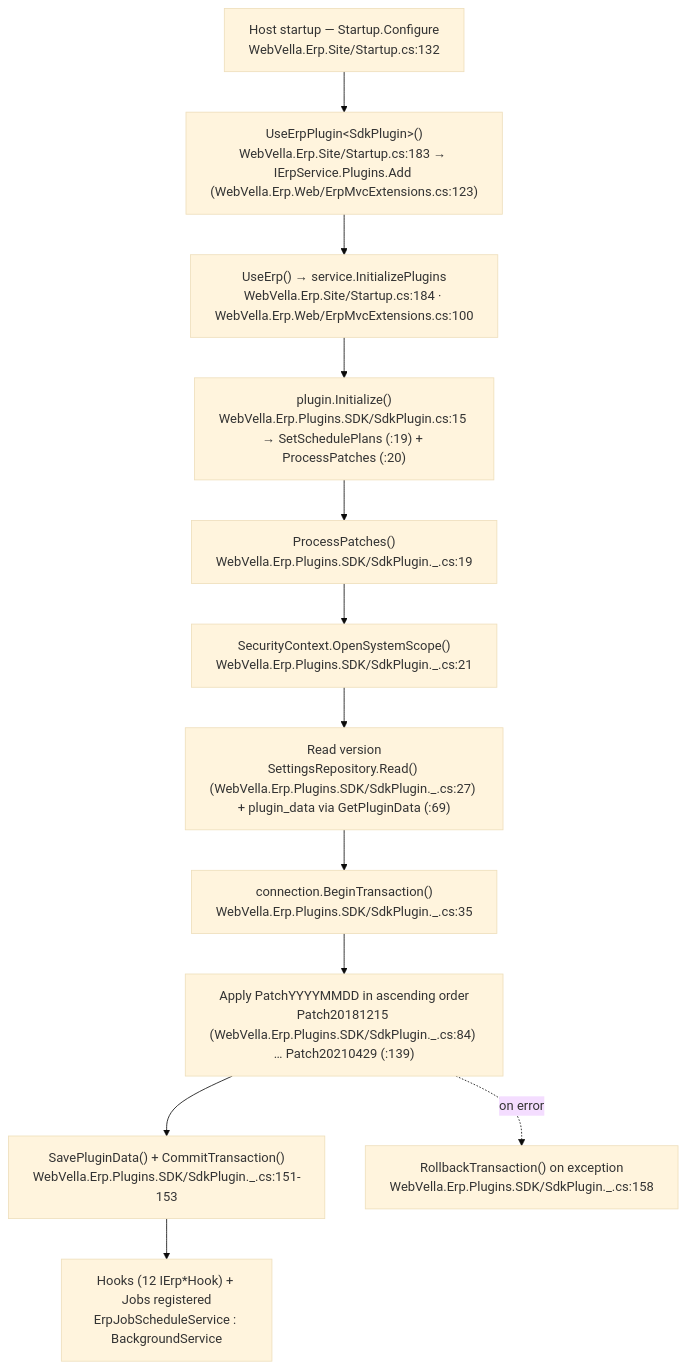
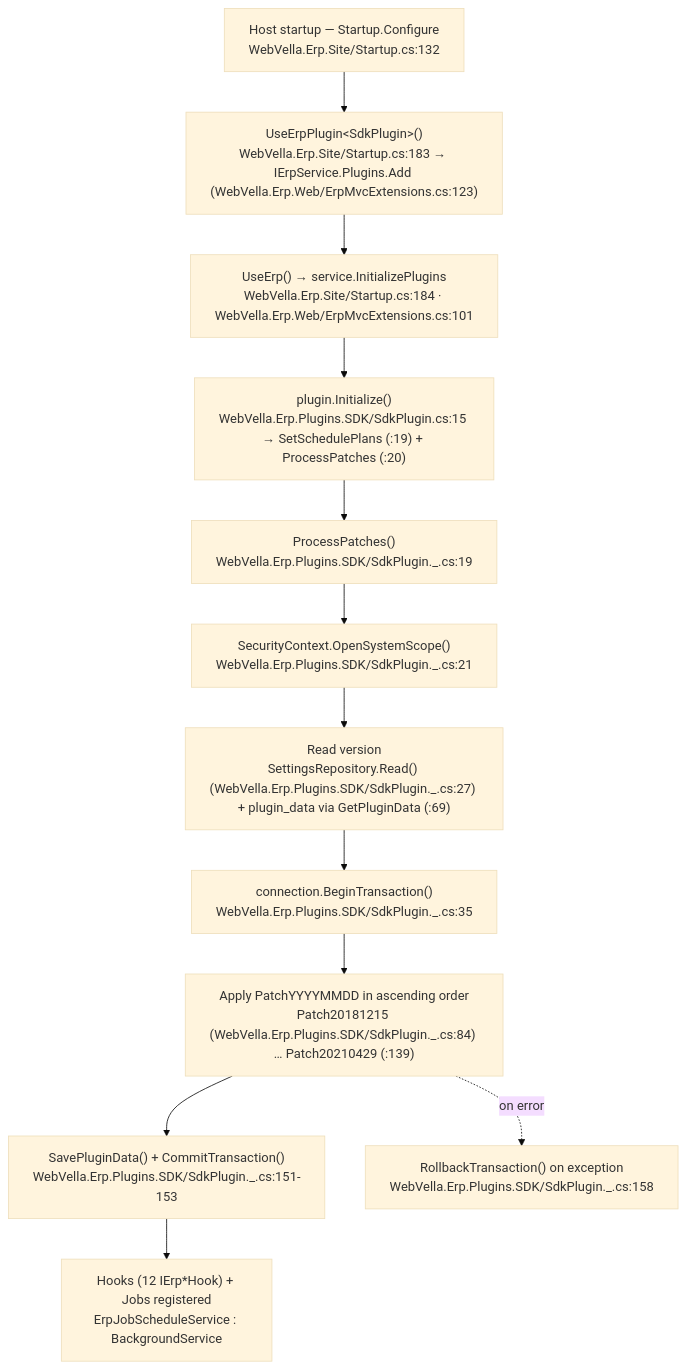
Before and after one commit to blitzy-public-samples/blitzy-WebVella-ERP: the third of 3 diagrams in docs/reverse-engineering/architecture.md, drawn with Mermaid (base theme). The commit also changed other lines of this file and 2 other files, not shown here.

Commit message:
docs(reverse-engineering): fix 3 QA citation-precision findings (CP1)
Resolve QA Checkpoint CP1 findings (1 MAJOR + 2 MINOR), all citation/naming
precision defects in the reverse-engineering suite. No source code touched.

- Finding #1 (MAJOR) functional-overview.md:220 - DbEntity.cs:38-52 -> :37-50
  (end line 52 overshot EOF 51; DbRecordPermissions class spans 37-50;
  now matches database-schema.md:110/:367)
- Finding #2 (MINOR) database-schema.md:135 - name the EntityRelationType enum
  (exposed via the RelationType property); RelationType is the property, the
  enum type is EntityRelationType (EntityRelation.cs:9)
- Finding #3 (MINOR) architecture.md:123 & :327 - ErpMvcExtensions.cs:100 -> :101
  (:100 is the comment; :101 is the InitializePlugins call) in both the prose
  and the plugin-lifecycle Mermaid node

All 3 findings re-verified by re-running the QA reproduction steps against the
read-only source tree. Corroborating-correct citations left unchanged.

````diff
--- a/docs/reverse-engineering/architecture.md
+++ b/docs/reverse-engineering/architecture.md
@@ -323,18 +323,18 @@
 ```mermaid
 flowchart TD
     Start["Host startup — Startup.Configure<br/>WebVella.Erp.Site/Startup.cs:132"]
     Reg["UseErpPlugin&lt;SdkPlugin&gt;()<br/>WebVella.Erp.Site/Startup.cs:183 → IErpService.Plugins.Add (WebVella.Erp.Web/ErpMvcExtensions.cs:123)"]
-    UseErp["UseErp() → service.InitializePlugins<br/>WebVella.Erp.Site/Startup.cs:184 · WebVella.Erp.Web/ErpMvcExtensions.cs:100"]
+    UseErp["UseErp() → service.InitializePlugins<br/>WebVella.Erp.Site/Startup.cs:184 · WebVella.Erp.Web/ErpMvcExtensions.cs:101"]
     Init["plugin.Initialize()<br/>WebVella.Erp.Plugins.SDK/SdkPlugin.cs:15 → SetSchedulePlans (:19) + ProcessPatches (:20)"]
     PP["ProcessPatches()<br/>WebVella.Erp.Plugins.SDK/SdkPlugin._.cs:19"]
     Scope["SecurityContext.OpenSystemScope()<br/>WebVella.Erp.Plugins.SDK/SdkPlugin._.cs:21"]
     Ver["Read version<br/>SettingsRepository.Read() (WebVella.Erp.Plugins.SDK/SdkPlugin._.cs:27) + plugin_data via GetPluginData (:69)"]
     Tx["connection.BeginTransaction()<br/>WebVella.Erp.Plugins.SDK/SdkPlugin._.cs:35"]
     Patch["Apply PatchYYYYMMDD in ascending order<br/>Patch20181215 (WebVella.Erp.Plugins.SDK/SdkPlugin._.cs:84) … Patch20210429 (:139)"]
     Save["SavePluginData() + CommitTransaction()<br/>WebVella.Erp.Plugins.SDK/SdkPlugin._.cs:151-153"]
     HJ["Hooks (12 IErp*Hook) + Jobs registered<br/>ErpJobScheduleService : BackgroundService"]
     Rollback["RollbackTransaction() on exception<br/>WebVella.Erp.Plugins.SDK/SdkPlugin._.cs:158"]
 
     Start --> Reg --> UseErp --> Init --> PP --> Scope --> Ver --> Tx --> Patch --> Save --> HJ
     Patch -. on error .-> Rollback
 ```
````
